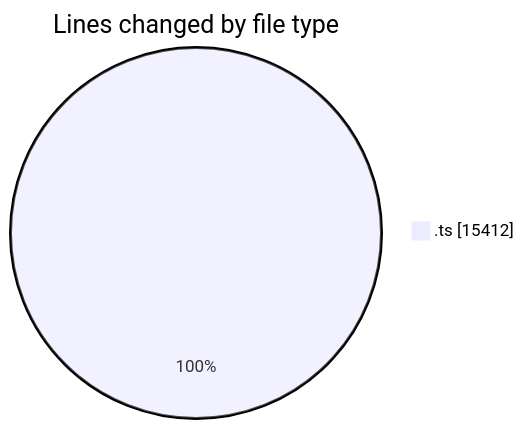
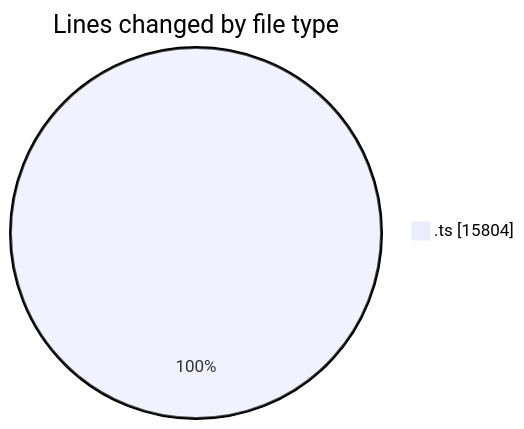
Before and after one commit to momahboobian/code-tracking: the first of 2 diagrams in 2026-09-11/cda/README.md, drawn with Mermaid. The commit also changed other lines of this file and 1 other file, not shown here.

````diff
--- a/2026-09-11/cda/README.md
+++ b/2026-09-11/cda/README.md
@@ -23,5 +24,5 @@
 ```mermaid
 pie showData
 title Lines changed by file type
-".ts" : 15412
+".ts" : 15804
 ```
````
